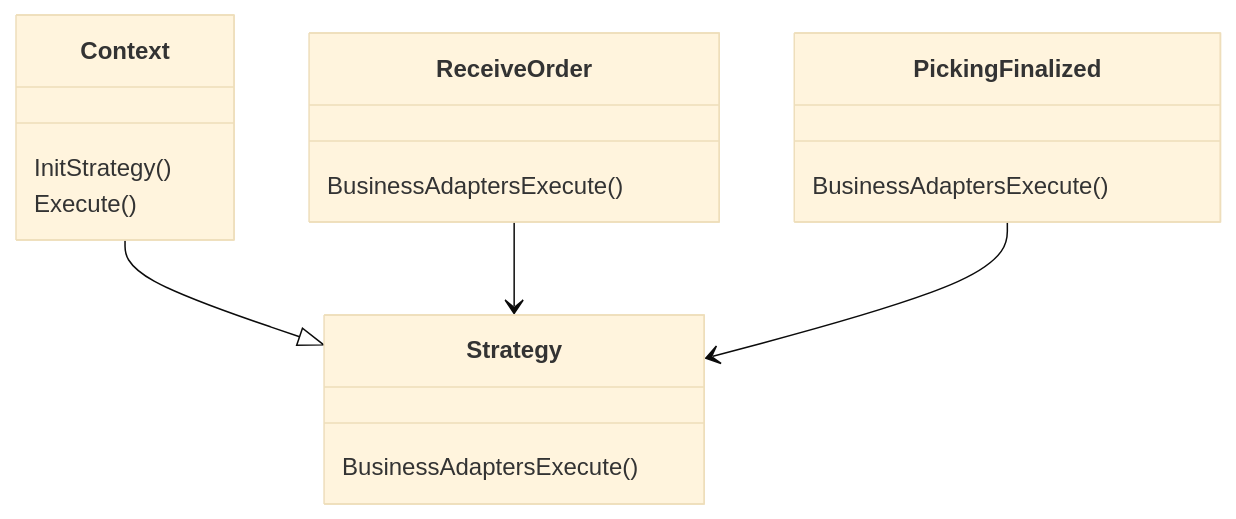
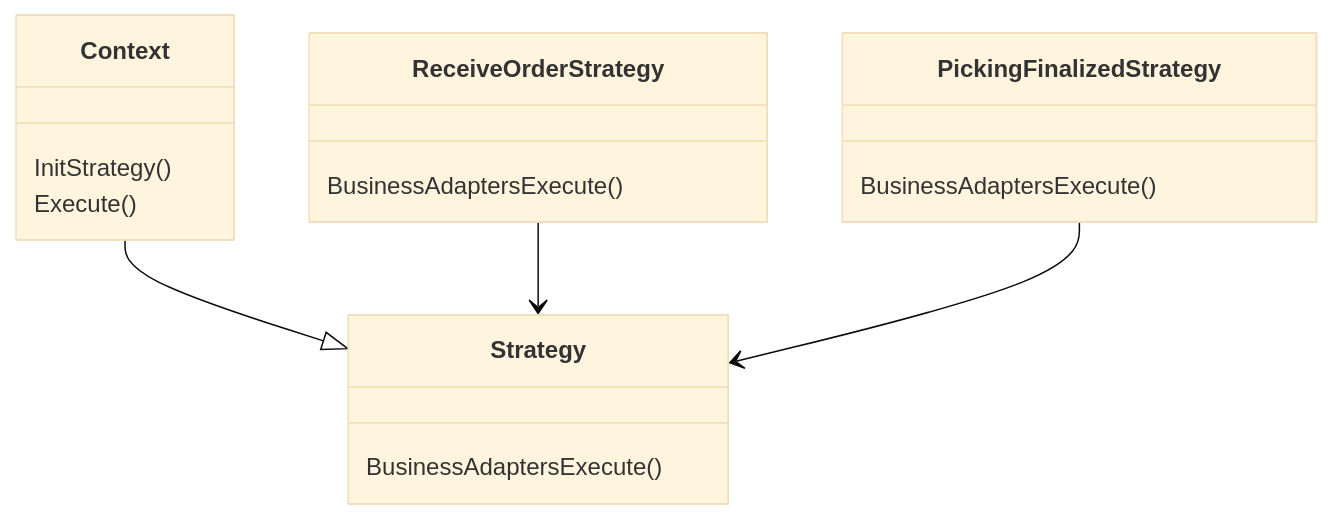
Before and after one commit to bcarrasquel/strategy-fulfillment-flow: the diagram in README.md, drawn with Mermaid (base theme).

Commit message:
update readme strategy class name

````diff
--- a/README.md
+++ b/README.md
@@ -14,11 +14,11 @@
 ```mermaid
 classDiagram
 Context --|> Strategy
 Context : InitStrategy()
 Context : Execute()
 Strategy : BusinessAdaptersExecute()
-ReceiveOrder --> Strategy
-ReceiveOrder : BusinessAdaptersExecute()
-PickingFinalized --> Strategy
-PickingFinalized : BusinessAdaptersExecute()
+ReceiveOrderStrategy --> Strategy
+ReceiveOrderStrategy : BusinessAdaptersExecute()
+PickingFinalizedStrategy --> Strategy
+PickingFinalizedStrategy : BusinessAdaptersExecute()
 ```
````
